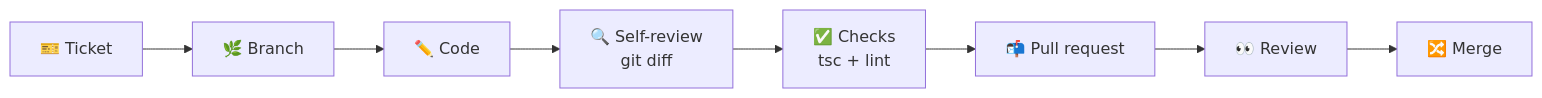
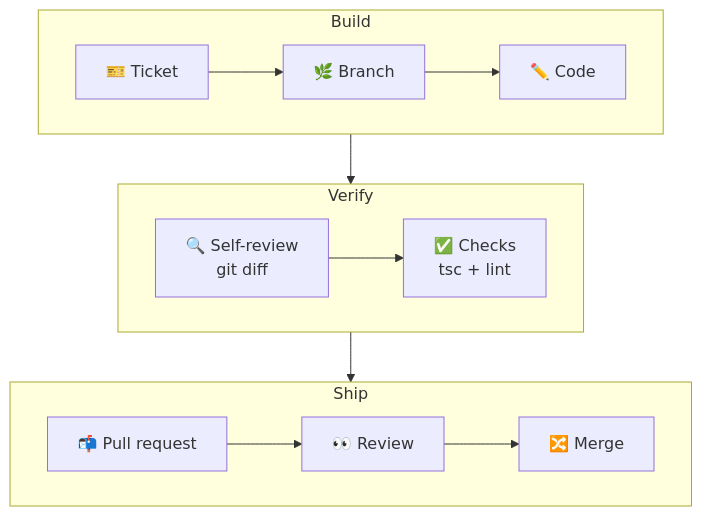
Diagram 12 of 12 in facts/README.md (pritmon/concierge-ai-agent), drawn with Mermaid before and after one commit. The commit also changed other lines of this file, not shown here.

Commit message:
Make wide diagrams readable

````diff
--- a/facts/README.md
+++ b/facts/README.md
@@ -631,4 +634,16 @@
 ```mermaid
-flowchart LR
-    T["🎫 Ticket"] --> B["🌿 Branch"] --> C["✏️ Code"] --> D["🔍 Self-review<br/>git diff"] --> K["✅ Checks<br/>tsc + lint"] --> P["📬 Pull request"] --> R["👀 Review"] --> M["🔀 Merge"]
+flowchart TD
+    subgraph BUILD["Build"]
+        direction LR
+        T["🎫 Ticket"] --> B["🌿 Branch"] --> C["✏️ Code"]
+    end
+    subgraph VERIFY["Verify"]
+        direction LR
+        D["🔍 Self-review<br/>git diff"] --> K["✅ Checks<br/>tsc + lint"]
+    end
+    subgraph SHIP["Ship"]
+        direction LR
+        P["📬 Pull request"] --> R["👀 Review"] --> M["🔀 Merge"]
+    end
+    BUILD --> VERIFY --> SHIP
 ```
````
